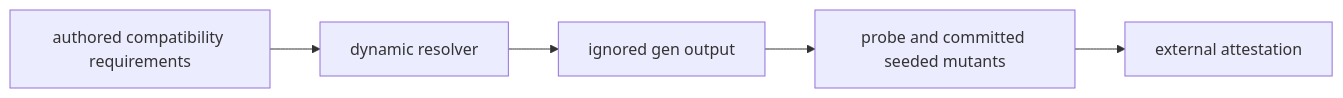
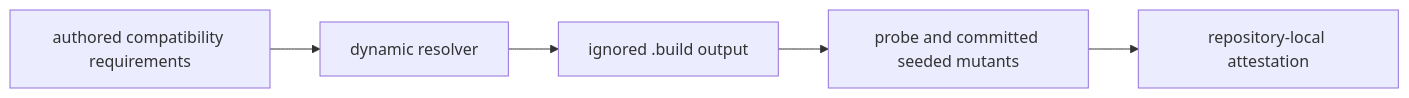
The diagram in DEVELOPMENT_PLAN/phase_01_toolchain_spike.md (Tuee22/amoebius), drawn with Mermaid before and after one commit. The commit also changed other lines of this file and 982 other files, not shown here.

````diff
--- a/DEVELOPMENT_PLAN/phase_01_toolchain_spike.md
+++ b/DEVELOPMENT_PLAN/phase_01_toolchain_spike.md
@@ -121,8 +131,8 @@
 ```mermaid
 flowchart LR
   %% register: orientation
   req[authored compatibility requirements] --> resolve[dynamic resolver]
-  resolve --> gen[ignored gen output]
+  resolve --> gen[ignored .build output]
   gen --> probe[probe and committed seeded mutants]
-  probe --> attest[external attestation]
+  probe --> attest[repository-local attestation]
 ```
````
